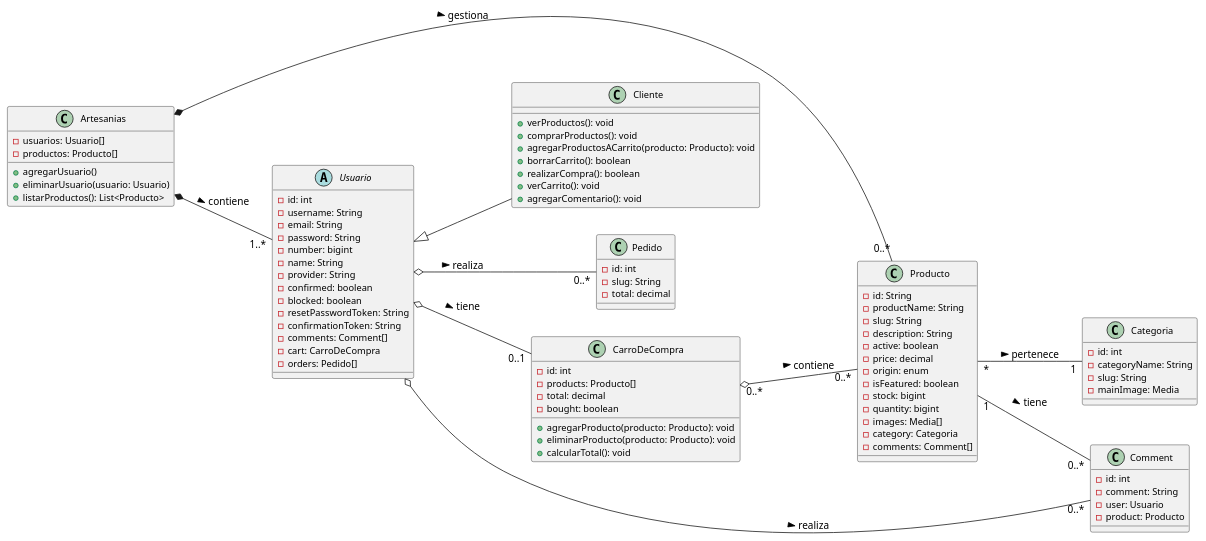
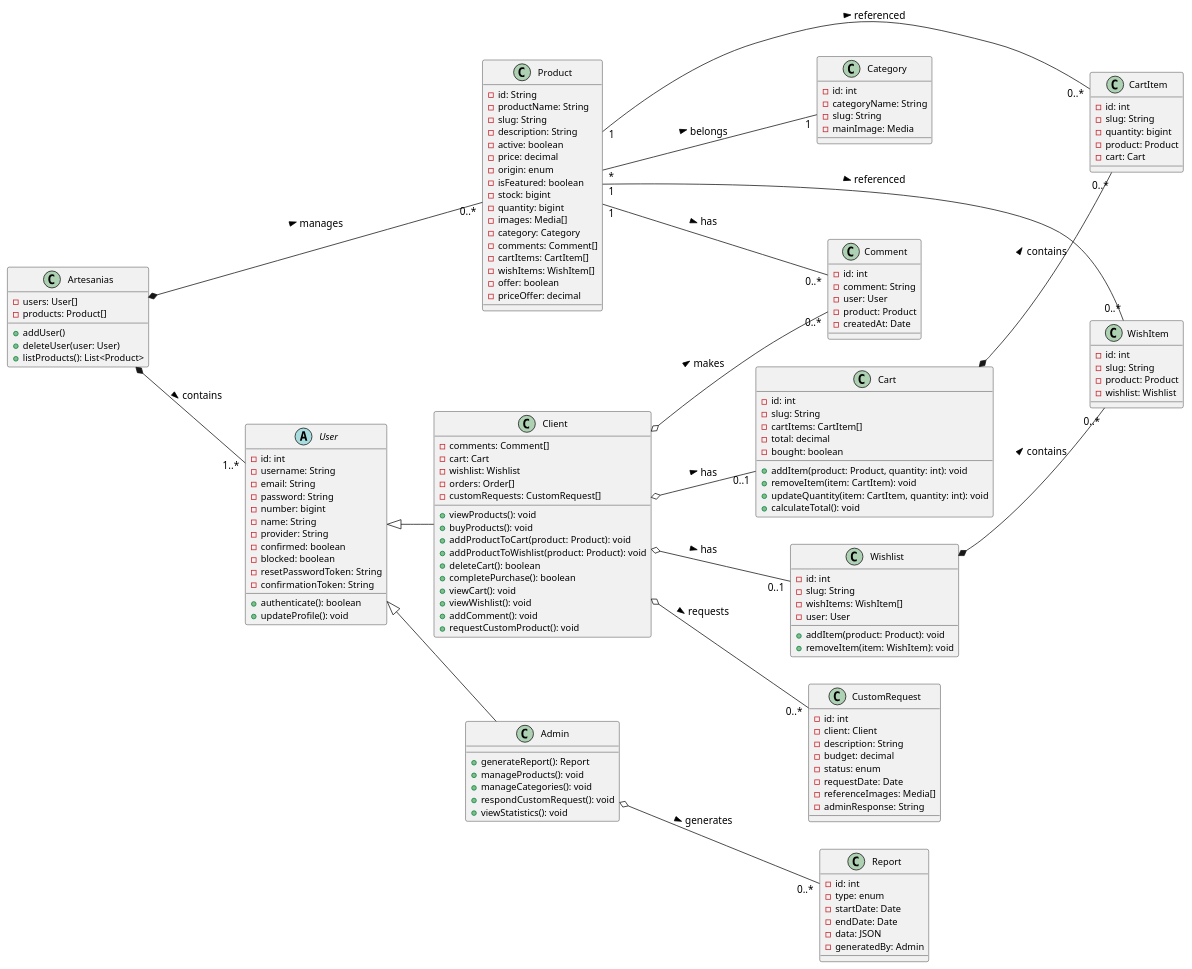
The diagram in doc/diagramas/clases.puml (EngJuanSER/ArtesaniasBGA-2), drawn with PlantUML before and after one commit. The commit also changed 4 other files, not shown here.

Commit message:
Diagrams

```diff
--- a/doc/diagramas/clases.puml
+++ b/doc/diagramas/clases.puml
@@ -1,104 +1,168 @@
-@startuml DiagramaClases
+@startuml ClassDiagram
 left to right direction
 skinparam classFontSize 14
 skinparam classAttributeFontSize 12
 
 class Artesanias {
-    -usuarios: Usuario[]
-    -productos: Producto[]
-    +agregarUsuario()
-    +eliminarUsuario(usuario: Usuario)
-    +listarProductos(): List<Producto>
+    -users: User[]
+    -products: Product[]
+    +addUser()
+    +deleteUser(user: User)
+    +listProducts(): List<Product>
 }
 
-abstract class Usuario {
+abstract class User {
     -id: int
     -username: String
     -email: String
     -password: String
     -number: bigint
     -name: String
     -provider: String
     -confirmed: boolean
     -blocked: boolean
     -resetPasswordToken: String
     -confirmationToken: String
-    -comments: Comment[]
-    -cart: CarroDeCompra
-    -orders: Pedido[]
+    +authenticate(): boolean
+    +updateProfile(): void
 }
 
-class Cliente extends Usuario {
-    +verProductos(): void
-    +comprarProductos(): void
-    +agregarProductosACarrito(producto: Producto): void
-    +borrarCarrito(): boolean
-    +realizarCompra(): boolean
-    +verCarrito(): void
-    +agregarComentario(): void
+class Client extends User {
+    -comments: Comment[]
+    -cart: Cart
+    -wishlist: Wishlist
+    -orders: Order[]
+    -customRequests: CustomRequest[]
+    +viewProducts(): void
+    +buyProducts(): void
+    +addProductToCart(product: Product): void
+    +addProductToWishlist(product: Product): void
+    +deleteCart(): boolean
+    +completePurchase(): boolean
+    +viewCart(): void
+    +viewWishlist(): void
+    +addComment(): void
+    +requestCustomProduct(): void
 }
 
-class Producto {
+class Admin extends User {
+    +generateReport(): Report
+    +manageProducts(): void
+    +manageCategories(): void
+    +respondCustomRequest(): void
+    +viewStatistics(): void
+}
+
+class Product {
     -id: String
     -productName: String
     -slug: String
     -description: String
     -active: boolean
     -price: decimal
     -origin: enum
     -isFeatured: boolean
     -stock: bigint
     -quantity: bigint
     -images: Media[]
-    -category: Categoria
+    -category: Category
     -comments: Comment[]
+    -cartItems: CartItem[]
+    -wishItems: WishItem[]
+    -offer: boolean
+    -priceOffer: decimal
 }
 
-class Categoria {
+class Category {
     -id: int
     -categoryName: String
     -slug: String
     -mainImage: Media
 }
 
-class CarroDeCompra {
+class Cart {
     -id: int
-    -products: Producto[]
+    -slug: String
+    -cartItems: CartItem[]
     -total: decimal
     -bought: boolean
-    +agregarProducto(producto: Producto): void
-    +eliminarProducto(producto: Producto): void
-    +calcularTotal(): void
+    +addItem(product: Product, quantity: int): void
+    +removeItem(item: CartItem): void
+    +updateQuantity(item: CartItem, quantity: int): void
+    +calculateTotal(): void
 }
 
-class Pedido {
+class CartItem {
     -id: int
     -slug: String
-    -total: decimal
+    -quantity: bigint
+    -product: Product
+    -cart: Cart
+}
+
+class Wishlist {
+    -id: int
+    -slug: String
+    -wishItems: WishItem[]
+    -user: User
+    +addItem(product: Product): void
+    +removeItem(item: WishItem): void
+}
+
+class WishItem {
+    -id: int
+    -slug: String
+    -product: Product
+    -wishlist: Wishlist
+}
+
+
+class Report {
+    -id: int
+    -type: enum
+    -startDate: Date
+    -endDate: Date
+    -data: JSON
+    -generatedBy: Admin
+}
+
+class CustomRequest {
+    -id: int
+    -client: Client
+    -description: String
+    -budget: decimal
+    -status: enum
+    -requestDate: Date
+    -referenceImages: Media[]
+    -adminResponse: String
 }
 
 class Comment {
     -id: int
     -comment: String
-    -user: Usuario
-    -product: Producto
+    -user: User
+    -product: Product
+    -createdAt: Date
 }
 
-' Relaciones
-' Composición: Dependencia fuerte, el ciclo de vida depende del contenedor
-Artesanias *-- "1..*" Usuario : contiene >
-Artesanias *-- "0..*" Producto : gestiona >
+' Relations
+Artesanias *-- "1..*" User : contains >
+Artesanias *-- "0..*" Product : manages >
 
-' Agregación: Dependencia débil, pueden existir independientemente
-Usuario o-- "0..*" Comment : realiza >
-Usuario o-- "0..1" CarroDeCompra : tiene >
-Usuario o-- "0..*" Pedido : realiza >
+Client o-- "0..*" Comment : makes >
+Client o-- "0..1" Cart : has >
+Client o-- "0..1" Wishlist : has >
+Client o-- "0..*" CustomRequest : requests >
 
-' Asociación: Relación simple
-Producto "1" -- "0..*" Comment : tiene >
-Producto "*" -- "1" Categoria : pertenece >
+Admin o-- "0..*" Report : generates >
 
-' Agregación con tabla intermedia
-CarroDeCompra "0..*" o-- "0..*" Producto : contiene >
+Product "1" -- "0..*" Comment : has >
+Product "*" -- "1" Category : belongs >
+Product "1" -- "0..*" CartItem : referenced >
+Product "1" -- "0..*" WishItem : referenced >
+
+Cart *-- "0..*" CartItem : contains >
+Wishlist *-- "0..*" WishItem : contains >
+
 
 @enduml
```
